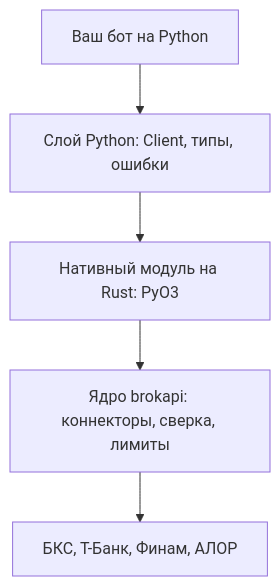
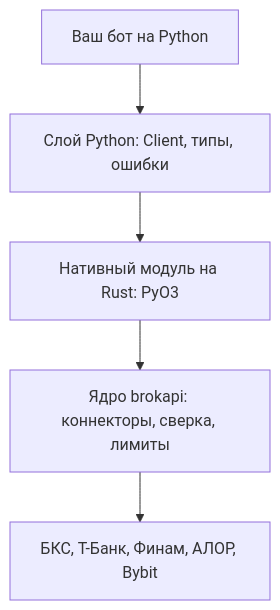
Before and after one commit to runinfra/brokapi: the diagram in docs/src/python/design.md, drawn with Mermaid. The commit also changed 47 other files, not shown here.

````diff
--- a/docs/src/python/design.md
+++ b/docs/src/python/design.md
@@ -12,7 +12,7 @@
 ```mermaid
 flowchart TB
   BOT[Ваш бот на Python] --> PY[Слой Python: Client, типы, ошибки]
   PY --> NAT[Нативный модуль на Rust: PyO3]
   NAT --> CORE[Ядро brokapi: коннекторы, сверка, лимиты]
-  CORE --> BR[БКС, Т-Банк, Финам, АЛОР]
+  CORE --> BR[БКС, Т-Банк, Финам, АЛОР, Bybit]
 ```
````
